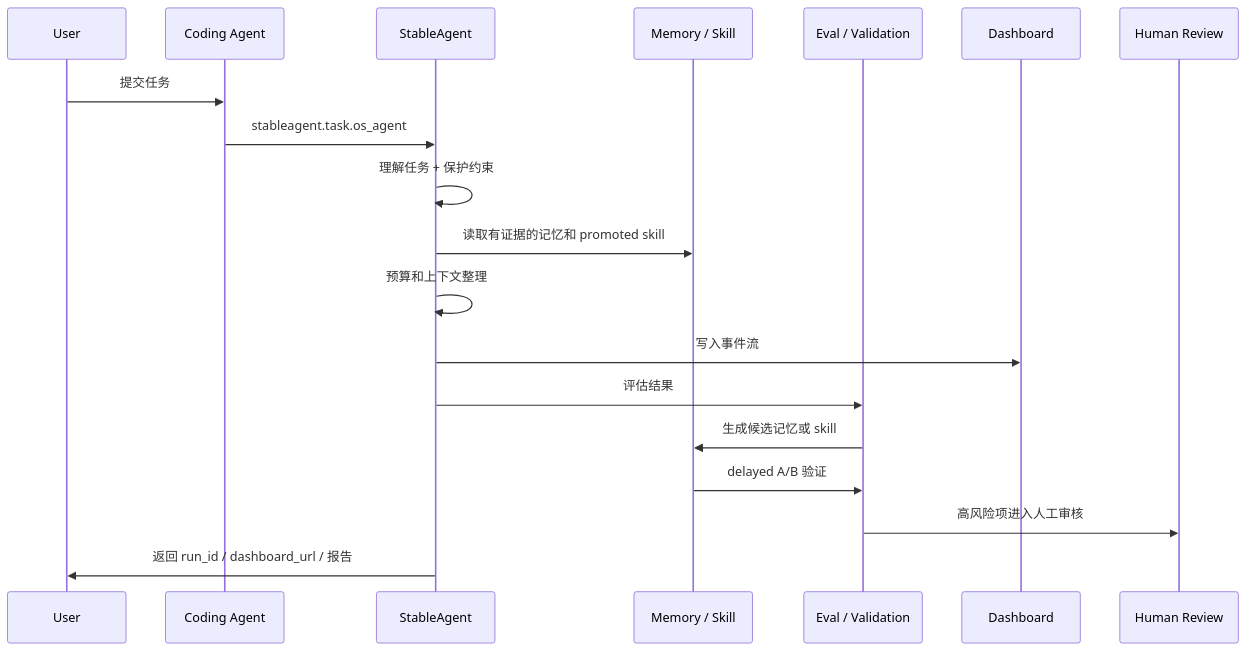
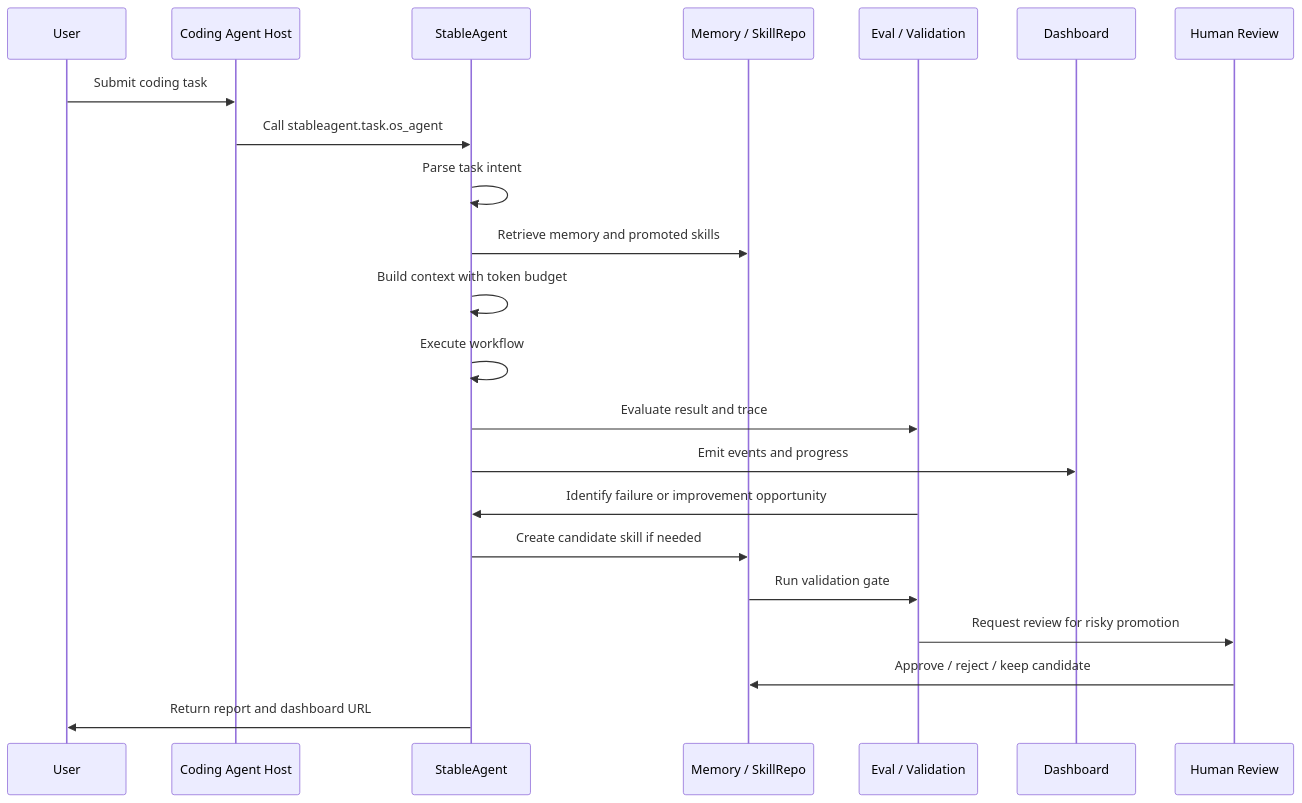
The fifth of 15 diagrams in README.md (liuanye9-lab/OS-Agent), drawn with Mermaid before and after one commit. The commit also changed other lines of this file and 18 other files, not shown here.

````diff
--- a/README.md
+++ b/README.md
@@ -59,22 +547,25 @@
 ```mermaid
 sequenceDiagram
     participant U as User
-    participant H as Coding Agent
+    participant H as Coding Agent Host
     participant S as StableAgent
-    participant M as Memory / Skill
+    participant M as Memory / SkillRepo
     participant E as Eval / Validation
     participant D as Dashboard
     participant R as Human Review
 
-    U->>H: 提交任务
-    H->>S: stableagent.task.os_agent
-    S->>S: 理解任务 + 保护约束
-    S->>M: 读取有证据的记忆和 promoted skill
-    S->>S: 预算和上下文整理
-    S->>D: 写入事件流
-    S->>E: 评估结果
-    E->>M: 生成候选记忆或 skill
-    M->>E: delayed A/B 验证
-    E->>R: 高风险项进入人工审核
-    S->>U: 返回 run_id / dashboard_url / 报告
+    U->>H: Submit coding task
+    H->>S: Call stableagent.task.os_agent
+    S->>S: Parse task intent
+    S->>M: Retrieve memory and promoted skills
+    S->>S: Build context with token budget
+    S->>S: Execute workflow
+    S->>E: Evaluate result and trace
+    S->>D: Emit events and progress
+    E->>S: Identify failure or improvement opportunity
+    S->>M: Create candidate skill if needed
+    M->>E: Run validation gate
+    E->>R: Request review for risky promotion
+    R->>M: Approve / reject / keep candidate
+    S->>U: Return report and dashboard URL
 ```
````
